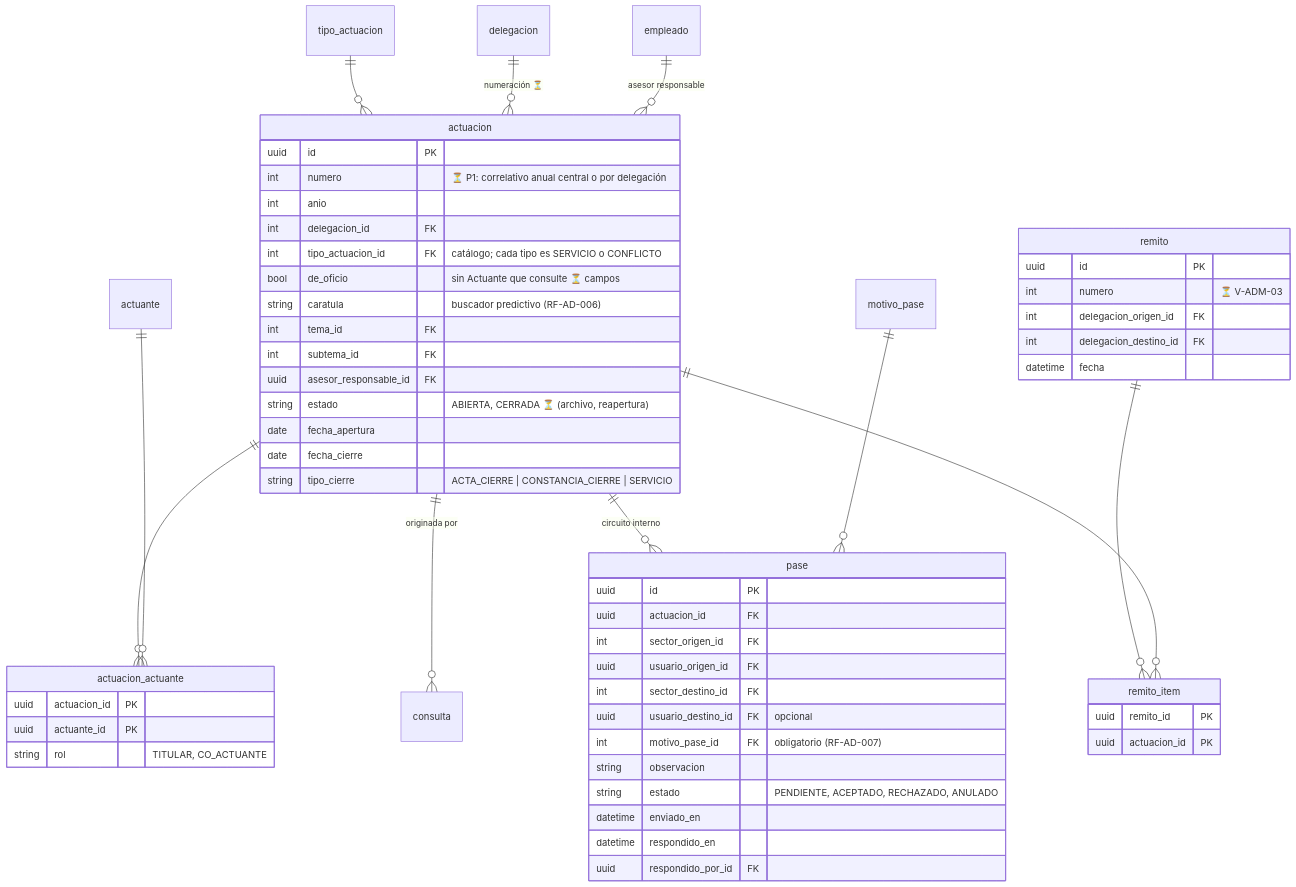
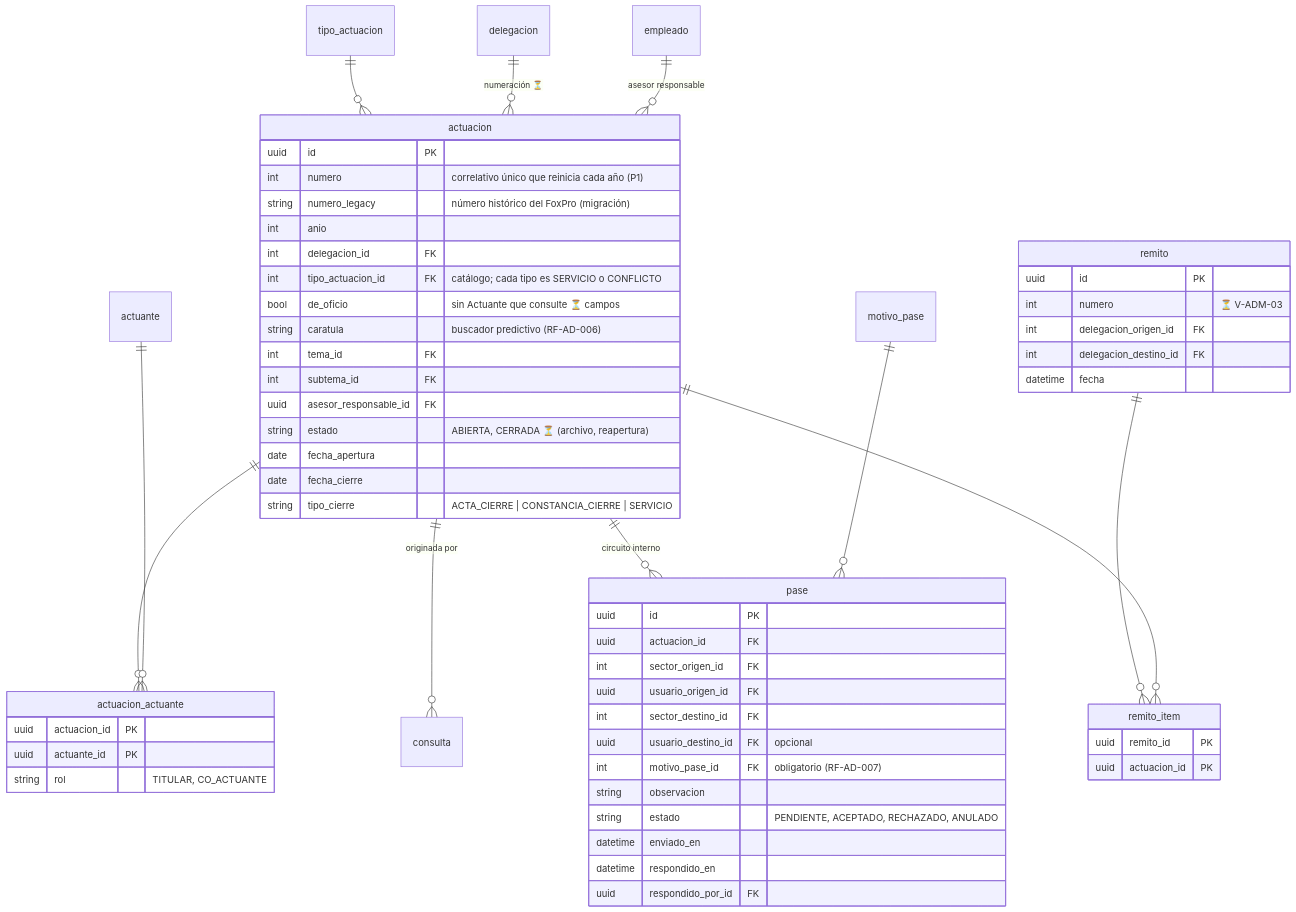
Before and after one commit to GonzaRada31/gedefensoria: the fourth of 6 diagrams in docs/MODELO-DATOS.md, drawn with Mermaid. The commit also changed other lines of this file and 15 other files, not shown here.

````diff
--- a/docs/MODELO-DATOS.md
+++ b/docs/MODELO-DATOS.md
@@ -210,60 +210,61 @@
 ```mermaid
 erDiagram
   actuacion ||--o{ actuacion_actuante : ""
   actuante ||--o{ actuacion_actuante : ""
   actuacion ||--o{ consulta : "originada por"
   actuacion ||--o{ pase : "circuito interno"
   tipo_actuacion ||--o{ actuacion : ""
   delegacion ||--o{ actuacion : "numeración ⏳"
   empleado ||--o{ actuacion : "asesor responsable"
   motivo_pase ||--o{ pase : ""
   remito ||--o{ remito_item : ""
   actuacion ||--o{ remito_item : ""
 
   actuacion {
     uuid id PK
-    int numero "⏳ P1: correlativo anual central o por delegación"
+    int numero "correlativo único que reinicia cada año (P1)"
+    string numero_legacy "número histórico del FoxPro (migración)"
     int anio
     int delegacion_id FK
     int tipo_actuacion_id FK "catálogo; cada tipo es SERVICIO o CONFLICTO"
     bool de_oficio "sin Actuante que consulte ⏳ campos"
     string caratula "buscador predictivo (RF-AD-006)"
     int tema_id FK
     int subtema_id FK
     uuid asesor_responsable_id FK
     string estado "ABIERTA, CERRADA ⏳ (archivo, reapertura)"
     date fecha_apertura
     date fecha_cierre
     string tipo_cierre "ACTA_CIERRE | CONSTANCIA_CIERRE | SERVICIO"
   }
   actuacion_actuante {
     uuid actuacion_id PK
     uuid actuante_id PK
     string rol "TITULAR, CO_ACTUANTE"
   }
   pase {
     uuid id PK
     uuid actuacion_id FK
     int sector_origen_id FK
     uuid usuario_origen_id FK
     int sector_destino_id FK
     uuid usuario_destino_id FK "opcional"
     int motivo_pase_id FK "obligatorio (RF-AD-007)"
     string observacion
     string estado "PENDIENTE, ACEPTADO, RECHAZADO, ANULADO"
     datetime enviado_en
     datetime respondido_en
     uuid respondido_por_id FK
   }
   remito {
     uuid id PK
     int numero "⏳ V-ADM-03"
     int delegacion_origen_id FK
     int delegacion_destino_id FK
     datetime fecha
   }
   remito_item {
     uuid remito_id PK
     uuid actuacion_id PK
   }
 ```
````
